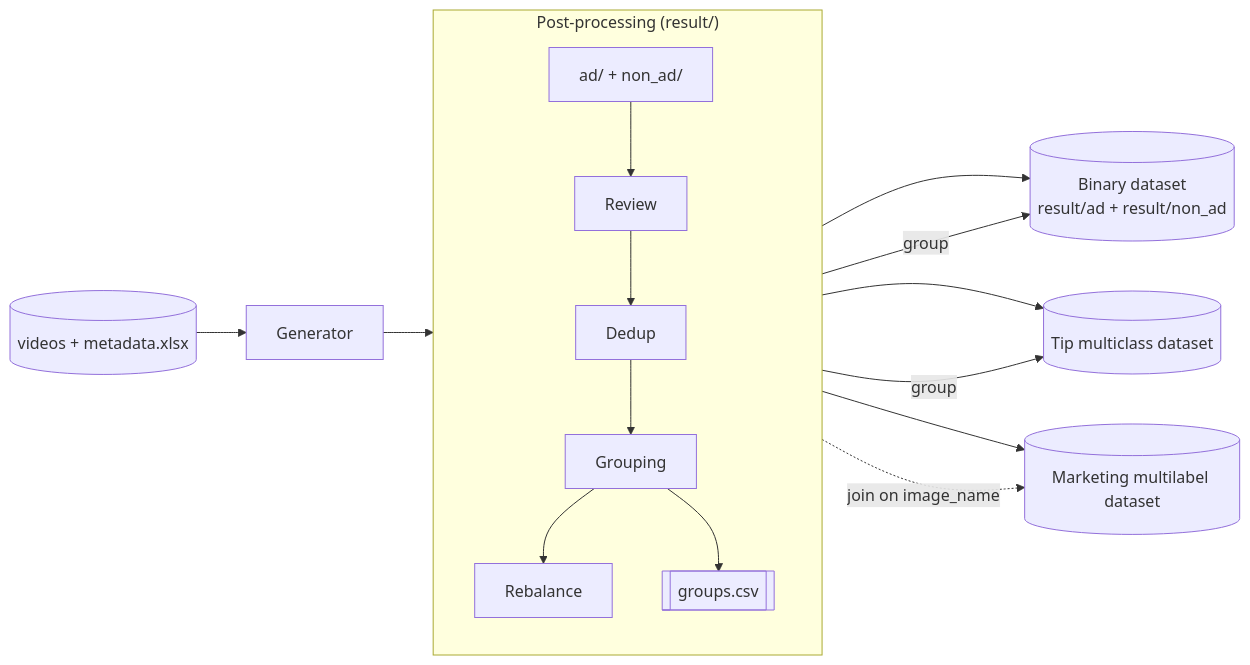
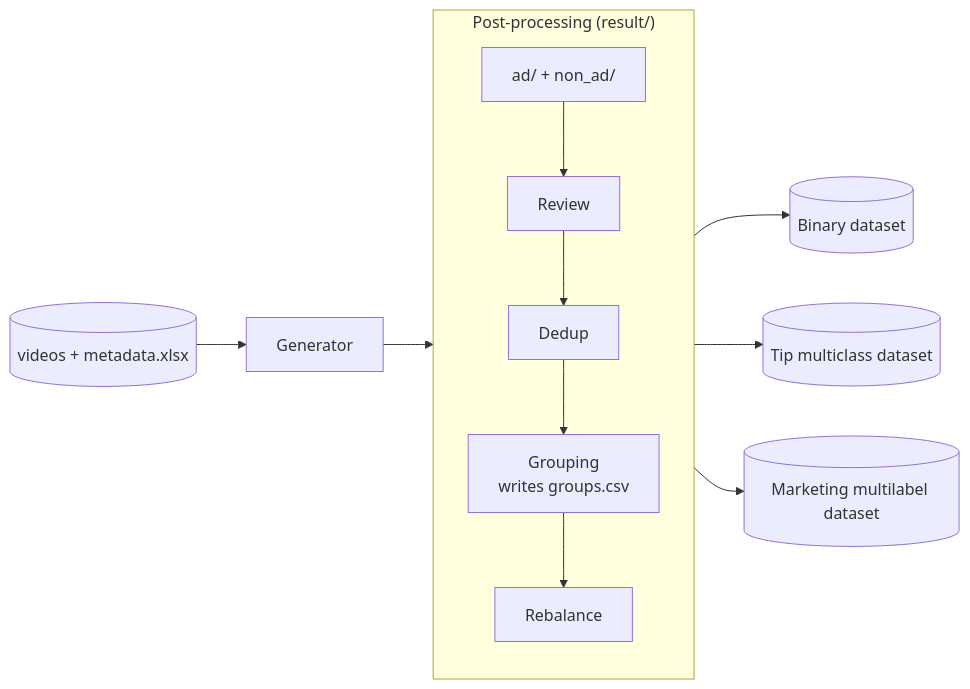
The diagram in README.md (merojosa/unhealthy-dataset-generator), drawn with Mermaid before and after one commit.

Commit message:
Update mermaid again

````diff
--- a/README.md
+++ b/README.md
@@ -43,18 +43,14 @@
 ```mermaid
 flowchart LR
     IN[("videos + metadata.xlsx")] --> GEN["Generator"]
-    GEN --> BIN
+    GEN --> AD
 
-    subgraph BIN["Post-processing (result/)"]
+    subgraph POST["Post-processing (result/)"]
         direction TB
-        AD["ad/ + non_ad/"] --> REV["Review"] --> DED["Dedup"] --> GRP["Grouping"] --> REB["Rebalance"]
-        GRP --> GCSV[["groups.csv"]]
+        AD["ad/ + non_ad/"] --> REV["Review"] --> DED["Dedup"] --> GRP["Grouping<br/>writes groups.csv"] --> REB["Rebalance"]
     end
 
-    REB --> BD[("Binary dataset<br/>result/ad + result/non_ad")]
+    REB --> BD[("Binary dataset")]
     REB --> MC[("Tip multiclass dataset")]
     REB --> ML[("Marketing multilabel dataset")]
-    GCSV -- "group" --> BD
-    GCSV -- "group" --> MC
-    GCSV -. "join on image_name" .-> ML
 ```
````
